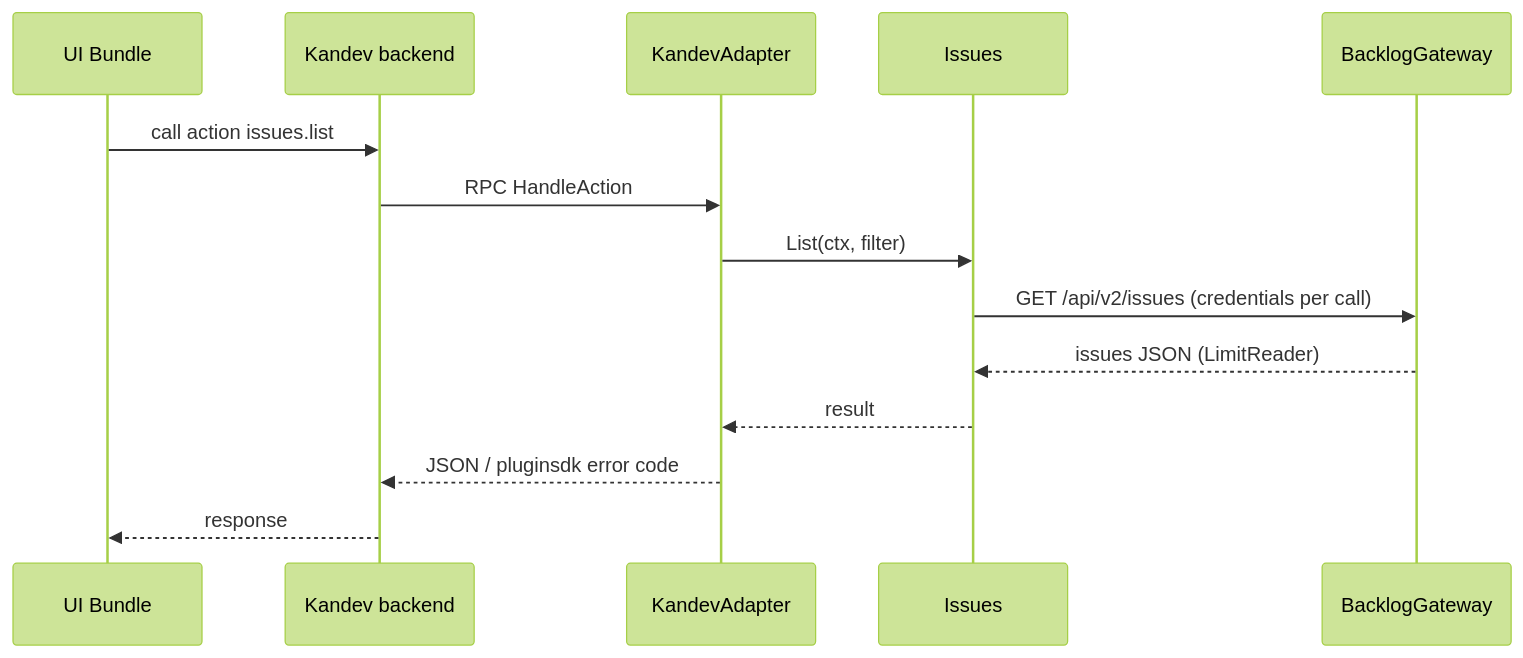
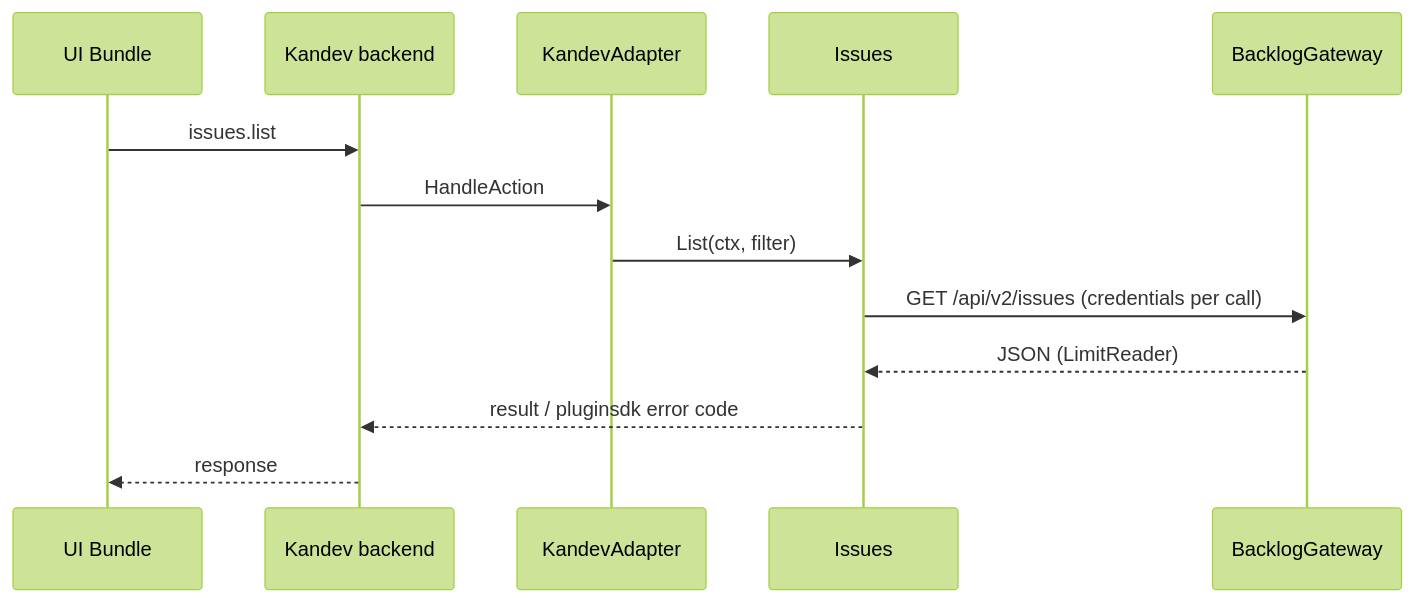
Before and after one commit to khuongdo/kandev-plugin-nulab-backlog: the fifth of 5 diagrams in aidlc/spaces/default/codekb/kandev-plugin-nulab-backlog/architecture.md, drawn with Mermaid (forest theme). The commit also changed other lines of this file and 62 other files, not shown here.

````diff
--- a/aidlc/spaces/default/codekb/kandev-plugin-nulab-backlog/architecture.md
+++ b/aidlc/spaces/default/codekb/kandev-plugin-nulab-backlog/architecture.md
@@ -358,16 +182,15 @@
 ```mermaid
 sequenceDiagram
   participant UI as UI Bundle
   participant K as Kandev backend
   participant A as KandevAdapter
   participant I as Issues
   participant G as BacklogGateway
-  UI->>K: call action issues.list
-  K->>A: RPC HandleAction
+  UI->>K: issues.list
+  K->>A: HandleAction
   A->>I: List(ctx, filter)
   I->>G: GET /api/v2/issues (credentials per call)
-  G-->>I: issues JSON (LimitReader)
-  I-->>A: result
-  A-->>K: JSON / pluginsdk error code
+  G-->>I: JSON (LimitReader)
+  I-->>K: result / pluginsdk error code
   K-->>UI: response
 ```
````
